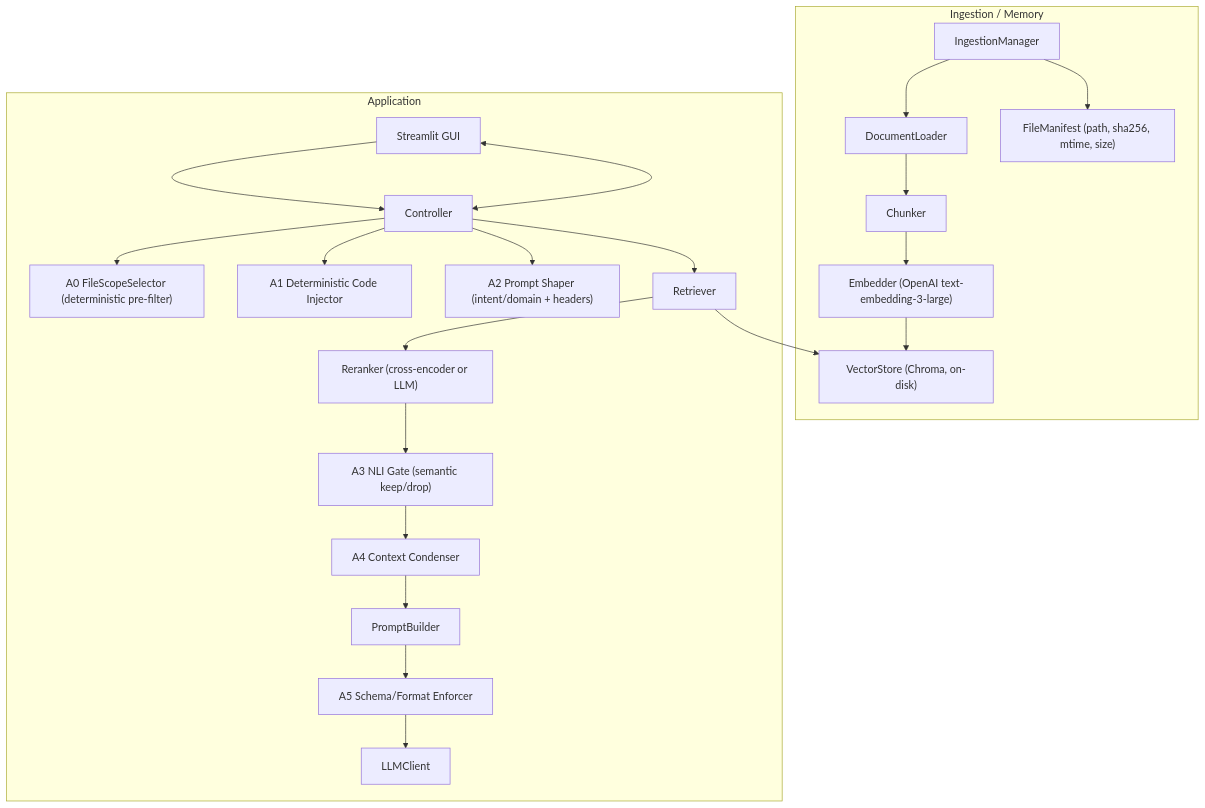
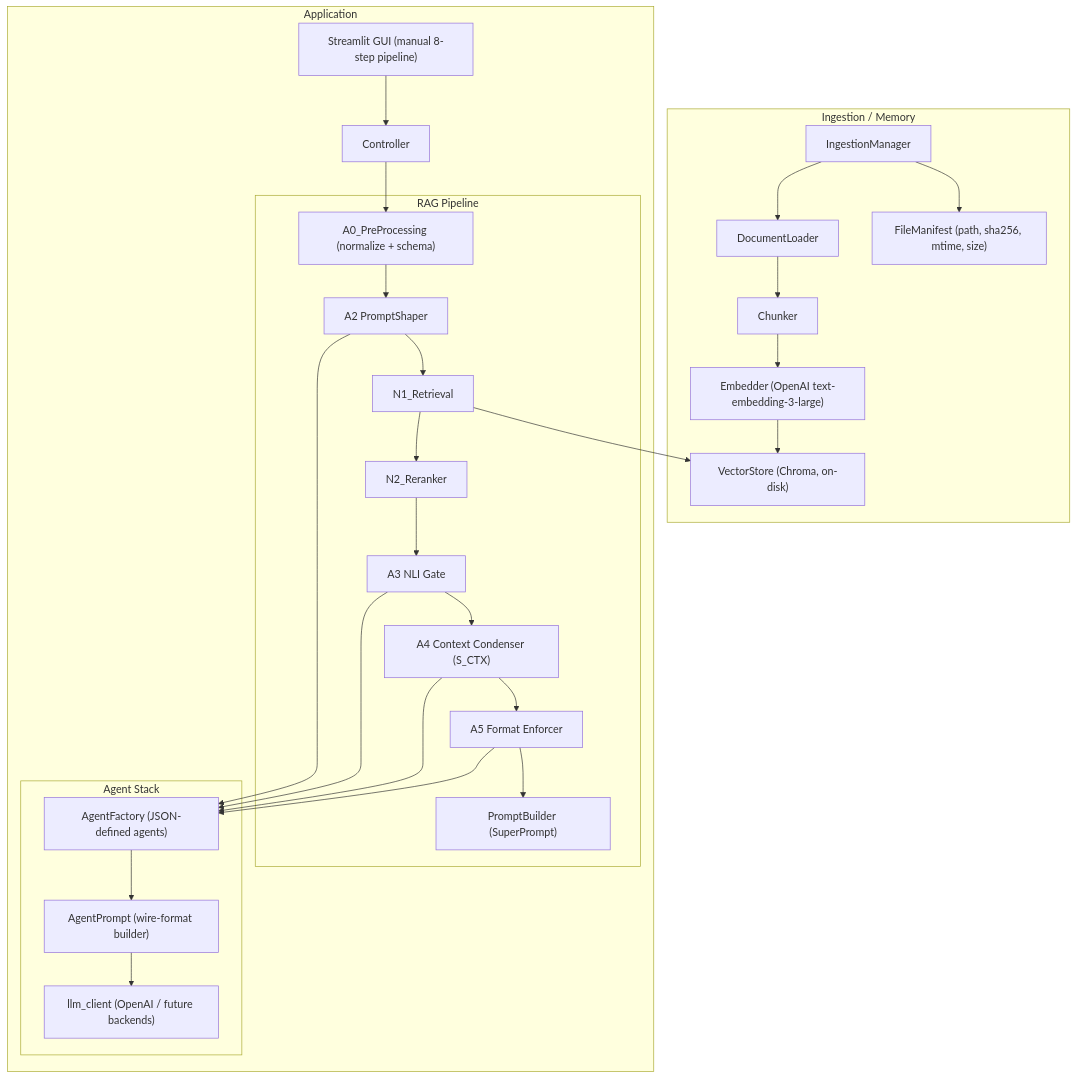
Before and after one commit to RusbehAbtahi/RAGstream: the diagram in README.md, drawn with Mermaid. The commit also changed other lines of this file and 26 other files, not shown here.

Commit message:
Refactoring Requirements. Implementing Agents as data, using AgentFactory and AgentPromp and llm_client, stateless objects, and other visions.

````diff
--- a/README.md
+++ b/README.md
@@ -11,36 +13,48 @@
 ```mermaid
 flowchart TD
+
   subgraph "Ingestion / Memory"
     IM["IngestionManager"]
     LDR["DocumentLoader"]
     CHK["Chunker"]
     EMB["Embedder (OpenAI text-embedding-3-large)"]
     VS["VectorStore (Chroma, on-disk)"]
     FM["FileManifest (path, sha256, mtime, size)"]
+
     IM --> LDR --> CHK --> EMB --> VS
     IM --> FM
   end
 
   subgraph "Application"
-    UI["Streamlit GUI"]
+    UI["Streamlit GUI (manual 8-step pipeline)"]
     CTRL["Controller"]
-    A0["A0 FileScopeSelector (deterministic pre-filter)"]
-    DCI["A1 Deterministic Code Injector"]
-    PS["A2 Prompt Shaper (intent/domain + headers)"]
-    RET["Retriever"]
-    RER["Reranker (cross-encoder or LLM)"]
-    NLI["A3 NLI Gate (semantic keep/drop)"]
-    CCD["A4 Context Condenser"]
-    PB["PromptBuilder"]
-    A5["A5 Schema/Format Enforcer"]
-    LLM["LLMClient"]
+
+    subgraph "RAG Pipeline"
+      A0["A0_PreProcessing (normalize + schema)"]
+      A2["A2 PromptShaper"]
+      N1["N1_Retrieval"]
+      N2["N2_Reranker"]
+      A3["A3 NLI Gate"]
+      A4["A4 Context Condenser (S_CTX)"]
+      A5["A5 Format Enforcer"]
+      PB["PromptBuilder (SuperPrompt)"]
+    end
+
+    subgraph "Agent Stack"
+      AF["AgentFactory (JSON-defined agents)"]
+      AP["AgentPrompt (wire-format builder)"]
+      LLM["llm_client (OpenAI / future backends)"]
+    end
   end
 
   UI --> CTRL
-  CTRL --> A0
-  CTRL --> DCI
-  CTRL --> PS
-  CTRL --> RET --> VS
-  RET --> RER --> NLI --> CCD --> PB --> A5 --> LLM
-  UI <--> CTRL
+  CTRL --> A0 --> A2 --> N1 --> N2 --> A3 --> A4 --> A5 --> PB
+
+  A2 --> AF
+  A3 --> AF
+  A4 --> AF
+  A5 --> AF
+  AF --> AP --> LLM
+
+  N1 --> VS
 ```
````
